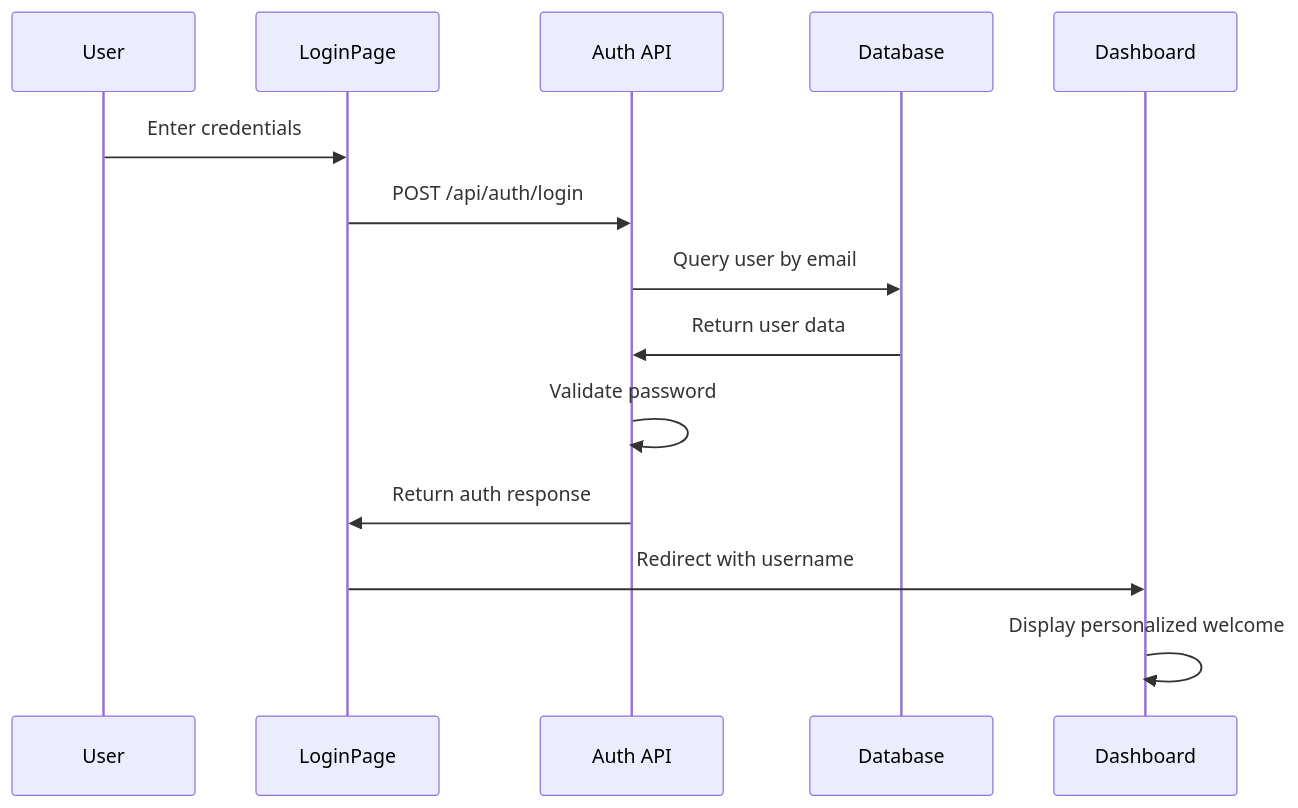
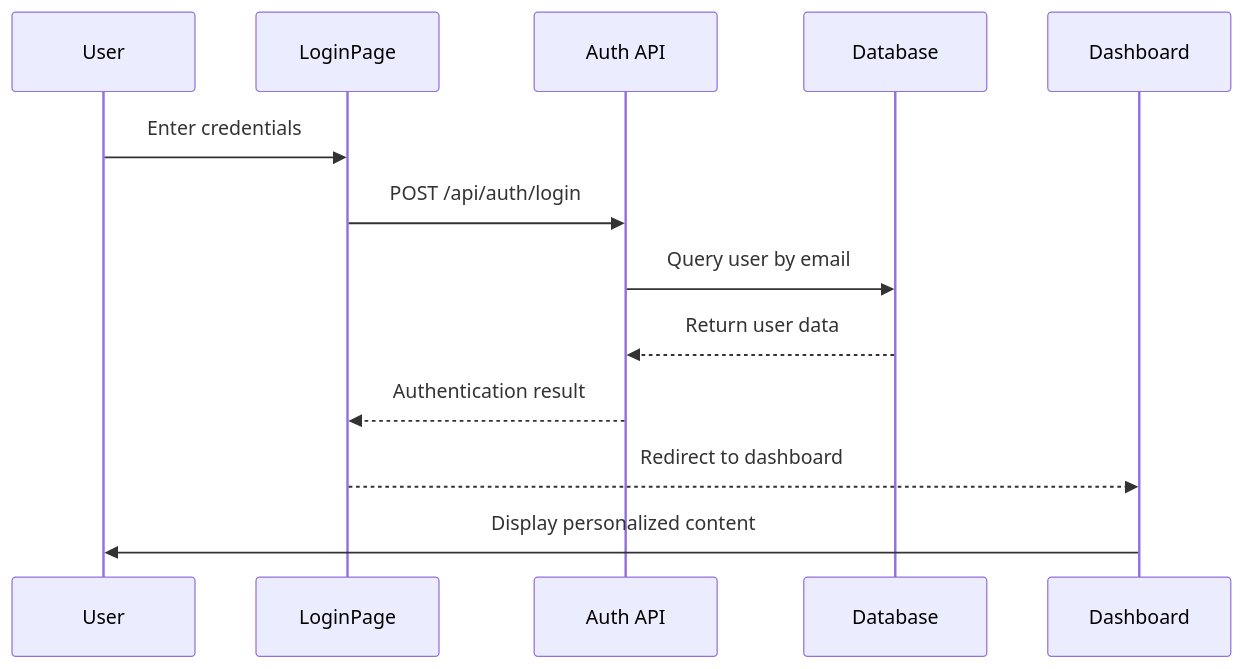
Before and after one commit to ehmjhay11/hackathon: the third of 7 diagrams in trackify/ARCHITECTURE.md, drawn with Mermaid. The commit also changed other lines of this file, not shown here.

Commit message:
updated-architecture

````diff
--- a/trackify/ARCHITECTURE.md
+++ b/trackify/ARCHITECTURE.md
@@ -198,17 +290,16 @@
 ```mermaid
 sequenceDiagram
     participant U as User
     participant L as LoginPage
     participant A as Auth API
     participant DB as Database
     participant D as Dashboard
     
     U->>L: Enter credentials
     L->>A: POST /api/auth/login
     A->>DB: Query user by email
-    DB->>A: Return user data
-    A->>A: Validate password
-    A->>L: Return auth response
-    L->>D: Redirect with username
-    D->>D: Display personalized welcome
+    DB-->>A: Return user data
+    A-->>L: Authentication result
+    L-->>D: Redirect to dashboard
+    D->>U: Display personalized content
 ```
````
